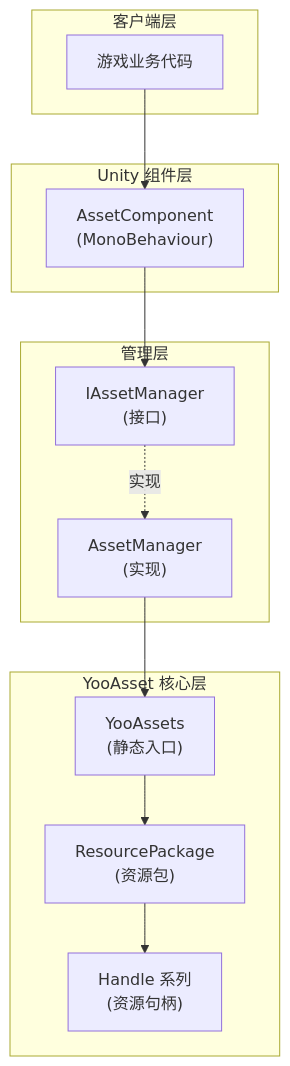
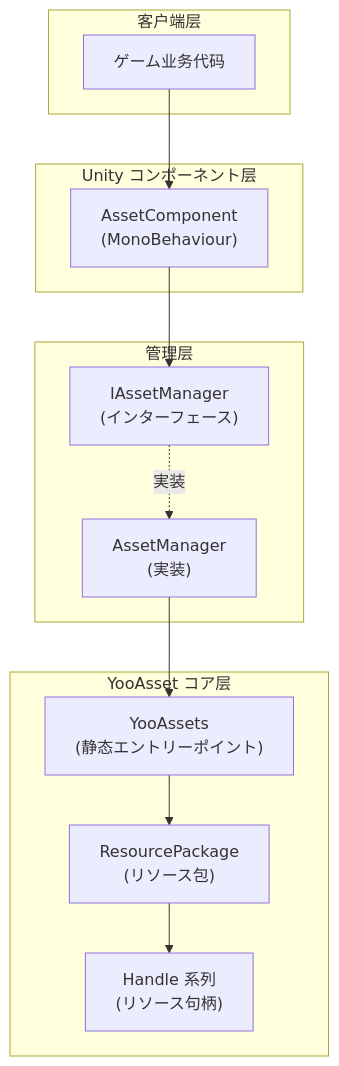
Before and after one commit to AlianBlank/GameFrameX.Docs: the first of 3 diagrams in docs/ja/client/unity/component/asset/11.loading-api.md, drawn with Mermaid. The commit also changed other lines of this file and 603 other files, not shown here.

````diff
--- a/docs/ja/client/unity/component/asset/11.loading-api.md
+++ b/docs/ja/client/unity/component/asset/11.loading-api.md
@@ -22,28 +22,28 @@
 ```mermaid
 flowchart TD
     subgraph Client["客户端层"]
-        GameCode["游戏业务代码"]
+        GameCode["ゲーム业务代码"]
     end
 
-    subgraph Unity["Unity 组件层"]
+    subgraph Unity["Unity コンポーネント层"]
         AssetComp["AssetComponent<br/>(MonoBehaviour)"]
     end
 
     subgraph Manager["管理层"]
-        IAssetManager["IAssetManager<br/>(接口)"]
-        AssetMgr["AssetManager<br/>(实现)"]
+        IAssetManager["IAssetManager<br/>(インターフェース)"]
+        AssetMgr["AssetManager<br/>(実装)"]
     end
 
-    subgraph YooAsset["YooAsset 核心层"]
-        YooAssets["YooAssets<br/>(静态入口)"]
-        ResourcePackage["ResourcePackage<br/>(资源包)"]
-        Handles["Handle 系列<br/>(资源句柄)"]
+    subgraph YooAsset["YooAsset コア层"]
+        YooAssets["YooAssets<br/>(静态エントリーポイント)"]
+        ResourcePackage["ResourcePackage<br/>(リソース包)"]
+        Handles["Handle 系列<br/>(リソース句柄)"]
     end
 
     GameCode --> AssetComp
     AssetComp --> IAssetManager
-    IAssetManager -.->|实现| AssetMgr
+    IAssetManager -.->|実装| AssetMgr
     AssetMgr --> YooAssets
     YooAssets --> ResourcePackage
     ResourcePackage --> Handles
 ```
````
